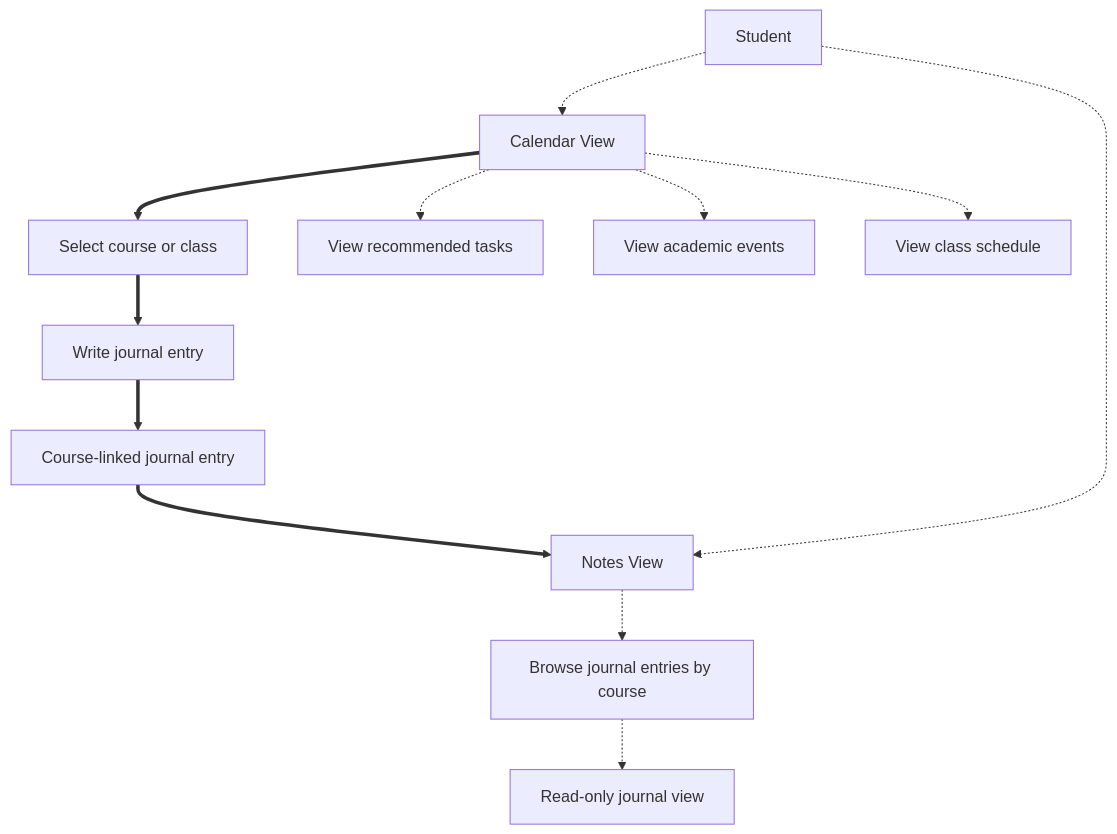
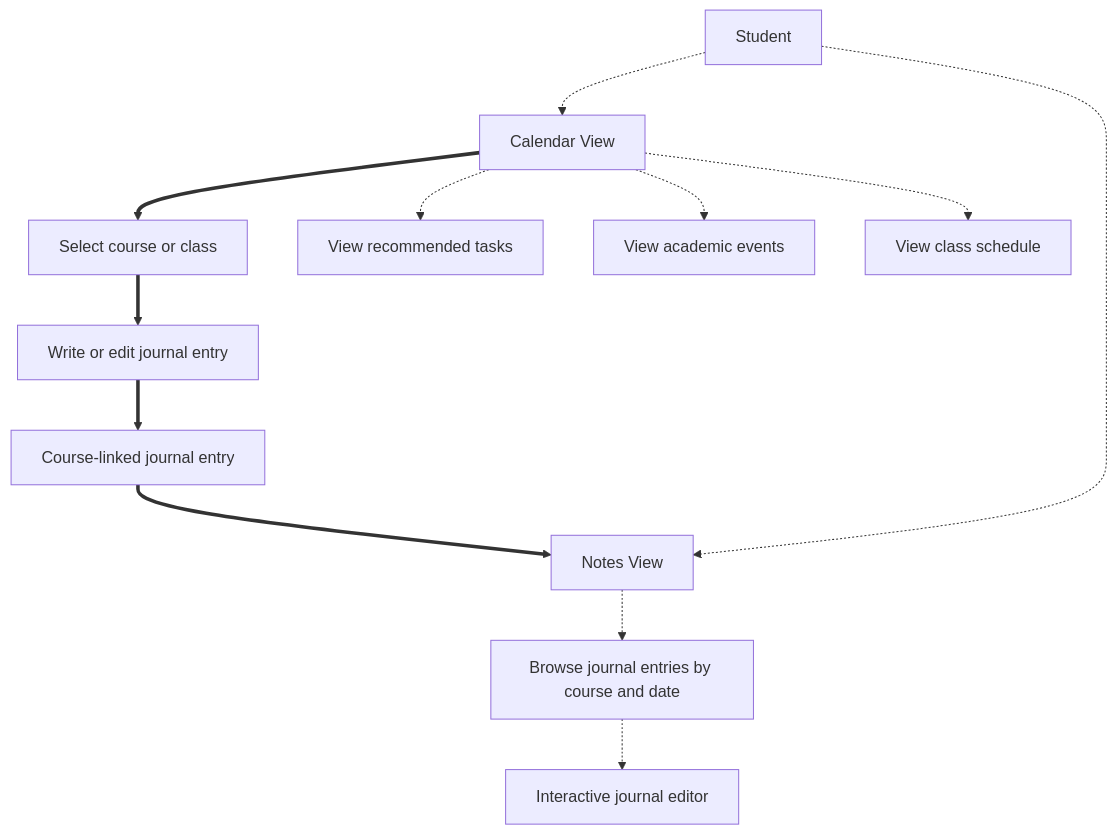
Before and after one commit to Peezzied/nyare: the eighth of 9 diagrams in docs/system-workflows.md, drawn with Mermaid. The commit also changed other lines of this file and 5 other files, not shown here.

````diff
--- a/docs/system-workflows.md
+++ b/docs/system-workflows.md
@@ -269,27 +275,27 @@
 ```mermaid
 flowchart TD
     Student[Student]
     Calendar[Calendar View]
     Notes[Notes View]
     Course[Select course or class]
-    Journal[Write journal entry]
+    Journal[Write or edit journal entry]
     Plan[View recommended tasks]
     Events[View academic events]
     Classes[View class schedule]
-    Browse[Browse journal entries by course]
-    Read[Read-only journal view]
+    Browse[Browse journal entries by course and date]
+    Editor[Interactive journal editor]
     Stored[Course-linked journal entry]
 
     Calendar ==> Course
     Course ==> Journal
     Journal ==> Stored
     Stored ==> Notes
 
     Student -.-> Calendar
     Student -.-> Notes
     Calendar -.-> Plan
     Calendar -.-> Events
     Calendar -.-> Classes
     Notes -.-> Browse
-    Browse -.-> Read
+    Browse -.-> Editor
 ```
````
